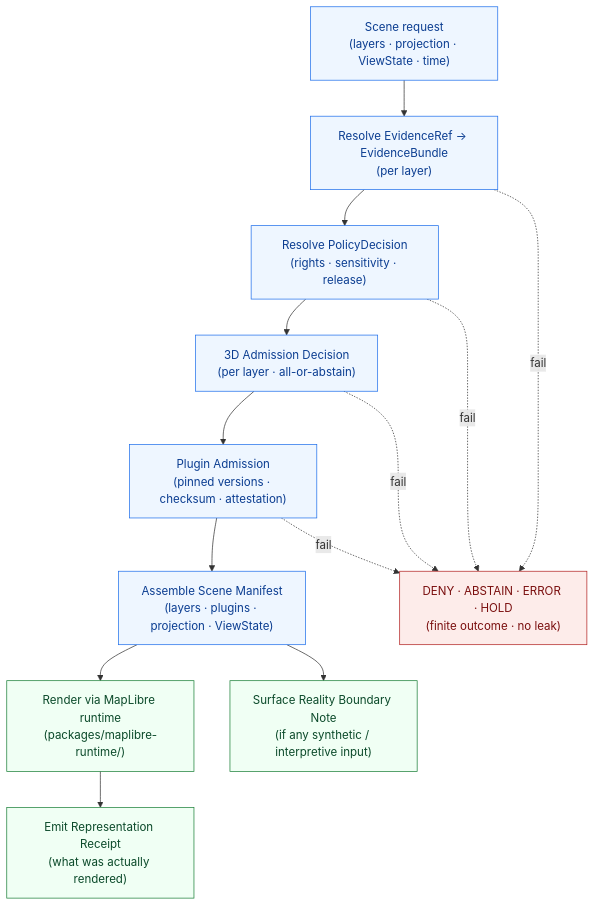
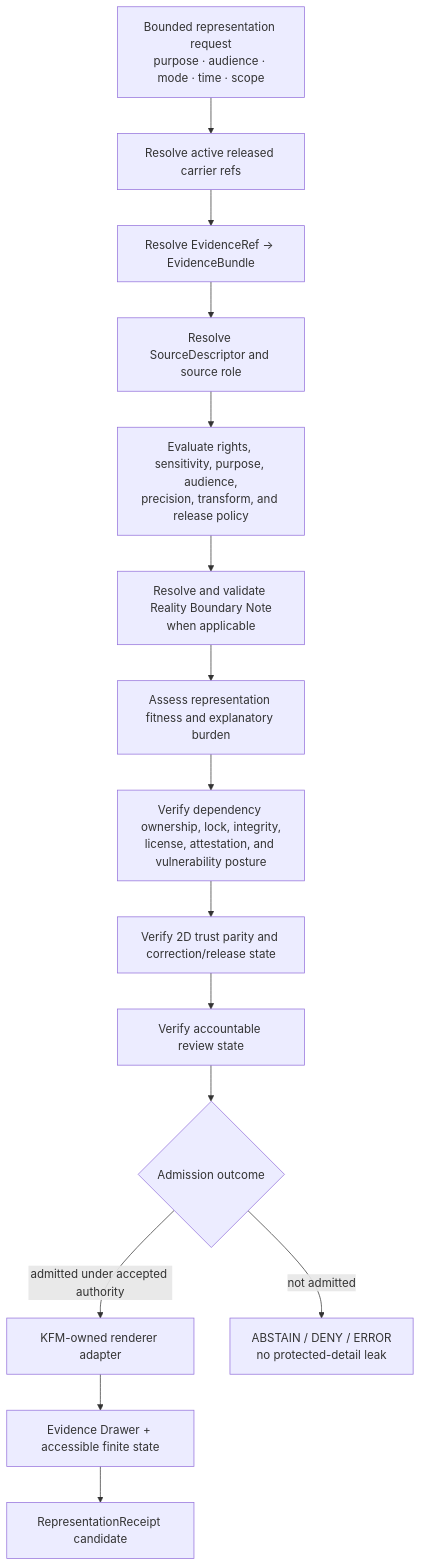
The third of 4 diagrams in docs/architecture/planetary-3d.md (bartytime4life/Kansas-Frontier-Matrix), drawn with Mermaid before and after one commit. The commit also changed other lines of this file, not shown here.

Commit message:
docs(architecture): ground planetary 3D architecture

````diff
--- a/docs/architecture/planetary-3d.md
+++ b/docs/architecture/planetary-3d.md
@@ -250,25 +504,22 @@
 ```mermaid
 flowchart TD
-  classDef step fill:#eef6ff,stroke:#1f6feb,color:#0b3d91
-  classDef deny fill:#fdecea,stroke:#b22222,color:#7a0e0e
-  classDef ok fill:#f0fff4,stroke:#1a7f37,color:#0b4a2a
+  REQ["Bounded representation request<br/>purpose · audience · mode · time · scope"]
+  REL["Resolve active released carrier refs"]
+  EVD["Resolve EvidenceRef → EvidenceBundle"]
+  SRC["Resolve SourceDescriptor and source role"]
+  POL["Evaluate rights, sensitivity, purpose, audience,<br/>precision, transform, and release policy"]
+  RBN["Resolve and validate Reality Boundary Note<br/>when applicable"]
+  FIT["Assess representation fitness and explanatory burden"]
+  DEP["Verify dependency ownership, lock, integrity,<br/>license, attestation, and vulnerability posture"]
+  PAR["Verify 2D trust parity and correction/release state"]
+  REV["Verify accountable review state"]
+  ADM{"Admission outcome"}
+  ADP["KFM-owned renderer adapter"]
+  UI["Evidence Drawer + accessible finite state"]
+  REC["RepresentationReceipt candidate"]
+  DEN["ABSTAIN / DENY / ERROR<br/>no protected-detail leak"]
 
-  REQ["Scene request<br/>(layers · projection · ViewState · time)"]:::step
-  EV["Resolve EvidenceRef → EvidenceBundle<br/>(per layer)"]:::step
-  POL["Resolve PolicyDecision<br/>(rights · sensitivity · release)"]:::step
-  ADM["3D Admission Decision<br/>(per layer · all-or-abstain)"]:::step
-  PLG["Plugin Admission<br/>(pinned versions · checksum · attestation)"]:::step
-  ASM["Assemble Scene Manifest<br/>(layers · plugins · projection · ViewState)"]:::step
-  RND["Render via MapLibre runtime<br/>(packages/maplibre-runtime/)"]:::ok
-  REC["Emit Representation Receipt<br/>(what was actually rendered)"]:::ok
-  RBN["Surface Reality Boundary Note<br/>(if any synthetic / interpretive input)"]:::ok
-
-  D1["DENY · ABSTAIN · ERROR · HOLD<br/>(finite outcome · no leak)"]:::deny
-
-  REQ --> EV --> POL --> ADM --> PLG --> ASM --> RND --> REC
-  ASM --> RBN
-  EV -.fail.-> D1
-  POL -.fail.-> D1
-  ADM -.fail.-> D1
-  PLG -.fail.-> D1
+  REQ --> REL --> EVD --> SRC --> POL --> RBN --> FIT --> DEP --> PAR --> REV --> ADM
+  ADM -->|"admitted under accepted authority"| ADP --> UI --> REC
+  ADM -->|"not admitted"| DEN
 ```
````
